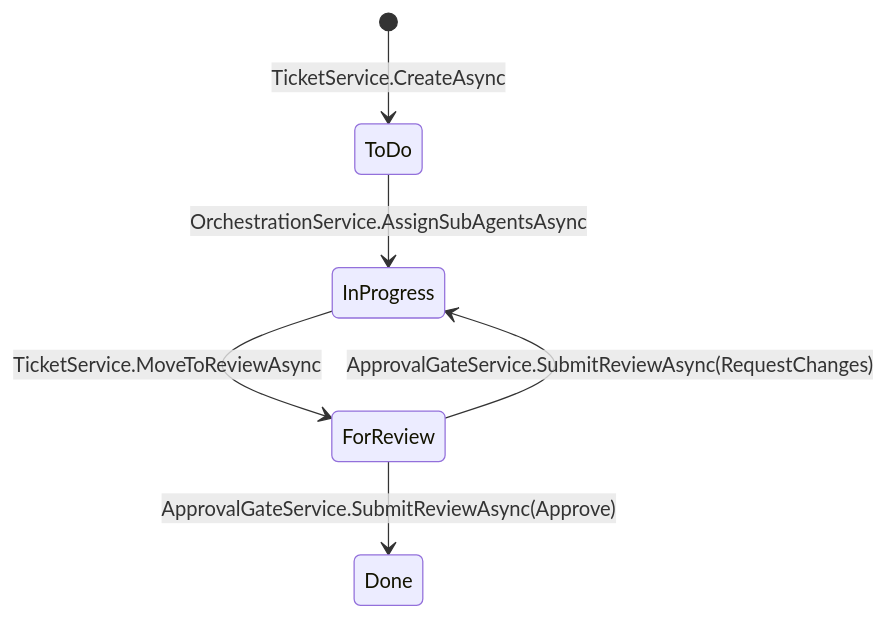
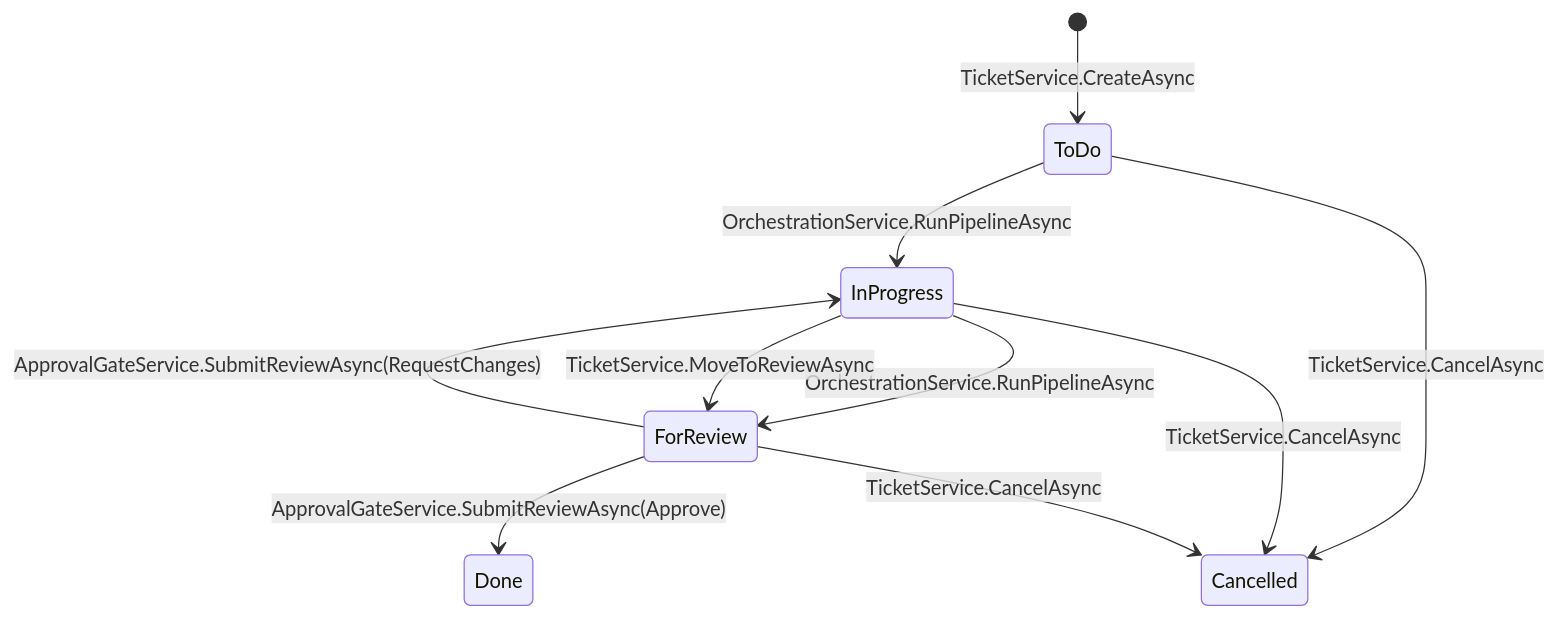
The diagram in docs/application.md (johncarlo-ph/TeamPilot), drawn with Mermaid before and after one commit. The commit also changed other lines of this file and 130 other files, not shown here.

Commit message:
improve ticket management, flow, and UI

````diff
--- a/docs/application.md
+++ b/docs/application.md
@@ -119,8 +193,12 @@
 ```mermaid
 stateDiagram-v2
     [*] --> ToDo: TicketService.CreateAsync
-    ToDo --> InProgress: OrchestrationService.AssignSubAgentsAsync
+    ToDo --> InProgress: OrchestrationService.RunPipelineAsync
+    InProgress --> ForReview: OrchestrationService.RunPipelineAsync
     InProgress --> ForReview: TicketService.MoveToReviewAsync
     ForReview --> Done: ApprovalGateService.SubmitReviewAsync(Approve)
     ForReview --> InProgress: ApprovalGateService.SubmitReviewAsync(RequestChanges)
+    ToDo --> Cancelled: TicketService.CancelAsync
+    InProgress --> Cancelled: TicketService.CancelAsync
+    ForReview --> Cancelled: TicketService.CancelAsync
 ```
````
